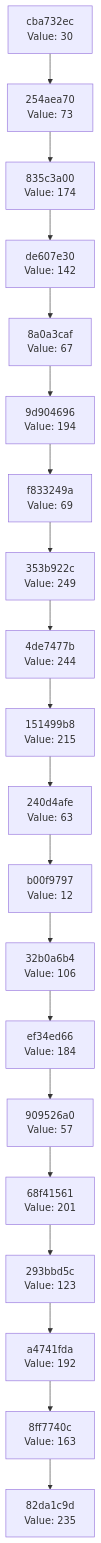
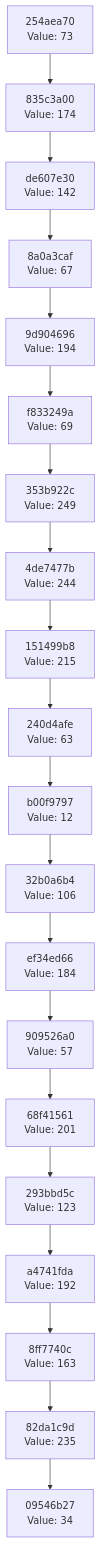
One commit to Abhisheksinha1506/hash-chain-evolver changed the diagram in docs/CHAIN_VISUALIZATION.md. Above: the diagram before and after it, drawn with Mermaid. The commit also changed 3 other files, not shown here.

````diff
--- a/docs/CHAIN_VISUALIZATION.md
+++ b/docs/CHAIN_VISUALIZATION.md
@@ -3,42 +3,42 @@
 ```mermaid
 graph TD
-    C0["82da1c9d<br/>Value: 235"]
-    C1["8ff7740c<br/>Value: 163"]
+    C0["09546b27<br/>Value: 34"]
+    C1["82da1c9d<br/>Value: 235"]
     C1 --> C0
-    C2["a4741fda<br/>Value: 192"]
+    C2["8ff7740c<br/>Value: 163"]
     C2 --> C1
-    C3["293bbd5c<br/>Value: 123"]
+    C3["a4741fda<br/>Value: 192"]
     C3 --> C2
-    C4["68f41561<br/>Value: 201"]
+    C4["293bbd5c<br/>Value: 123"]
     C4 --> C3
-    C5["909526a0<br/>Value: 57"]
+    C5["68f41561<br/>Value: 201"]
     C5 --> C4
-    C6["ef34ed66<br/>Value: 184"]
+    C6["909526a0<br/>Value: 57"]
     C6 --> C5
-    C7["32b0a6b4<br/>Value: 106"]
+    C7["ef34ed66<br/>Value: 184"]
     C7 --> C6
-    C8["b00f9797<br/>Value: 12"]
+    C8["32b0a6b4<br/>Value: 106"]
     C8 --> C7
-    C9["240d4afe<br/>Value: 63"]
+    C9["b00f9797<br/>Value: 12"]
     C9 --> C8
-    C10["151499b8<br/>Value: 215"]
+    C10["240d4afe<br/>Value: 63"]
     C10 --> C9
-    C11["4de7477b<br/>Value: 244"]
+    C11["151499b8<br/>Value: 215"]
     C11 --> C10
-    C12["353b922c<br/>Value: 249"]
+    C12["4de7477b<br/>Value: 244"]
     C12 --> C11
-    C13["f833249a<br/>Value: 69"]
+    C13["353b922c<br/>Value: 249"]
     C13 --> C12
-    C14["9d904696<br/>Value: 194"]
+    C14["f833249a<br/>Value: 69"]
     C14 --> C13
-    C15["8a0a3caf<br/>Value: 67"]
+    C15["9d904696<br/>Value: 194"]
     C15 --> C14
-    C16["de607e30<br/>Value: 142"]
+    C16["8a0a3caf<br/>Value: 67"]
     C16 --> C15
-    C17["835c3a00<br/>Value: 174"]
+    C17["de607e30<br/>Value: 142"]
     C17 --> C16
-    C18["254aea70<br/>Value: 73"]
+    C18["835c3a00<br/>Value: 174"]
     C18 --> C17
-    C19["cba732ec<br/>Value: 30"]
+    C19["254aea70<br/>Value: 73"]
     C19 --> C18
 ```
````
